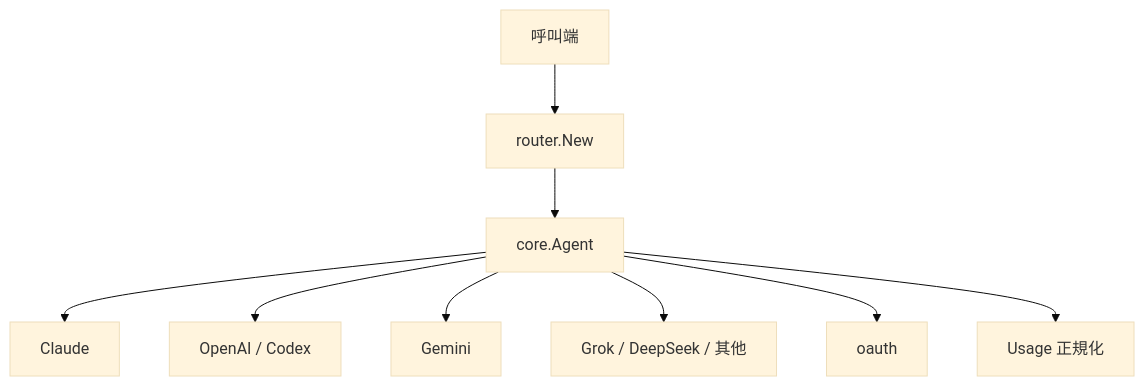
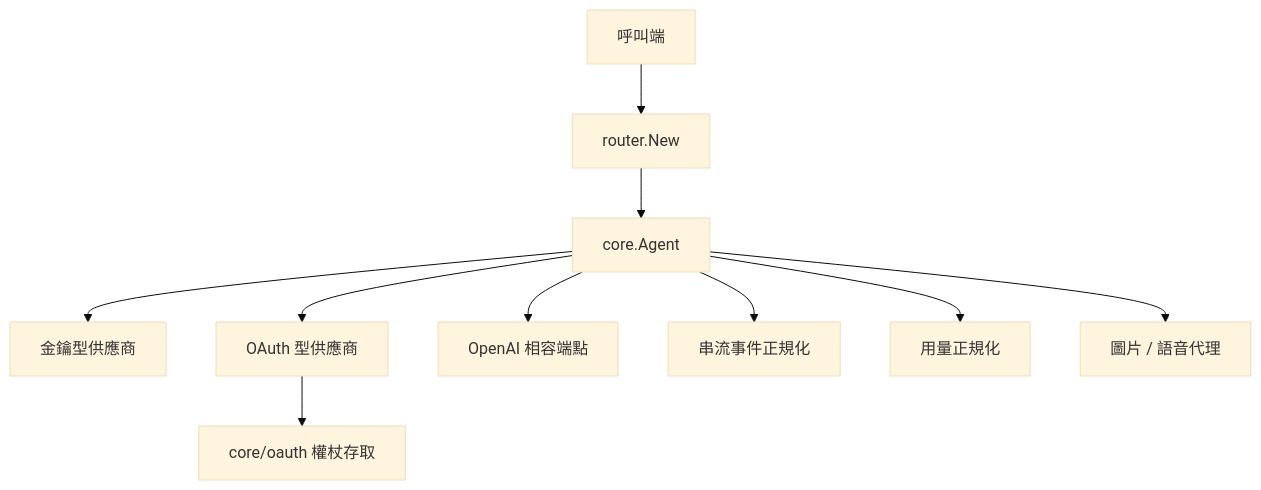
The diagram in doc/README.zh.md (pardnchiu/go-llm-router), drawn with Mermaid (base theme) before and after one commit. The commit also changed other lines of this file and 5 other files, not shown here.

Commit message:
doc: Rewrite documentation for the current router architecture

````diff
--- a/doc/README.zh.md
+++ b/doc/README.zh.md
@@ -46,11 +46,12 @@
 ```mermaid
 graph TB
     App[呼叫端] --> Router[router.New]
     Router --> Agent[core.Agent]
-    Agent --> Claude[Claude]
-    Agent --> OpenAI[OpenAI / Codex]
-    Agent --> Gemini[Gemini]
-    Agent --> Others[Grok / DeepSeek / 其他]
-    Agent --> OAuth[oauth]
-    Agent --> Usage[Usage 正規化]
+    Agent --> KeyBased[金鑰型供應商]
+    Agent --> OAuthBased[OAuth 型供應商]
+    Agent --> Compat[OpenAI 相容端點]
+    OAuthBased --> OAuth[core/oauth 權杖存取]
+    Agent --> Stream[串流事件正規化]
+    Agent --> Usage[用量正規化]
+    Agent --> Media[圖片 / 語音代理]
 ```
````
